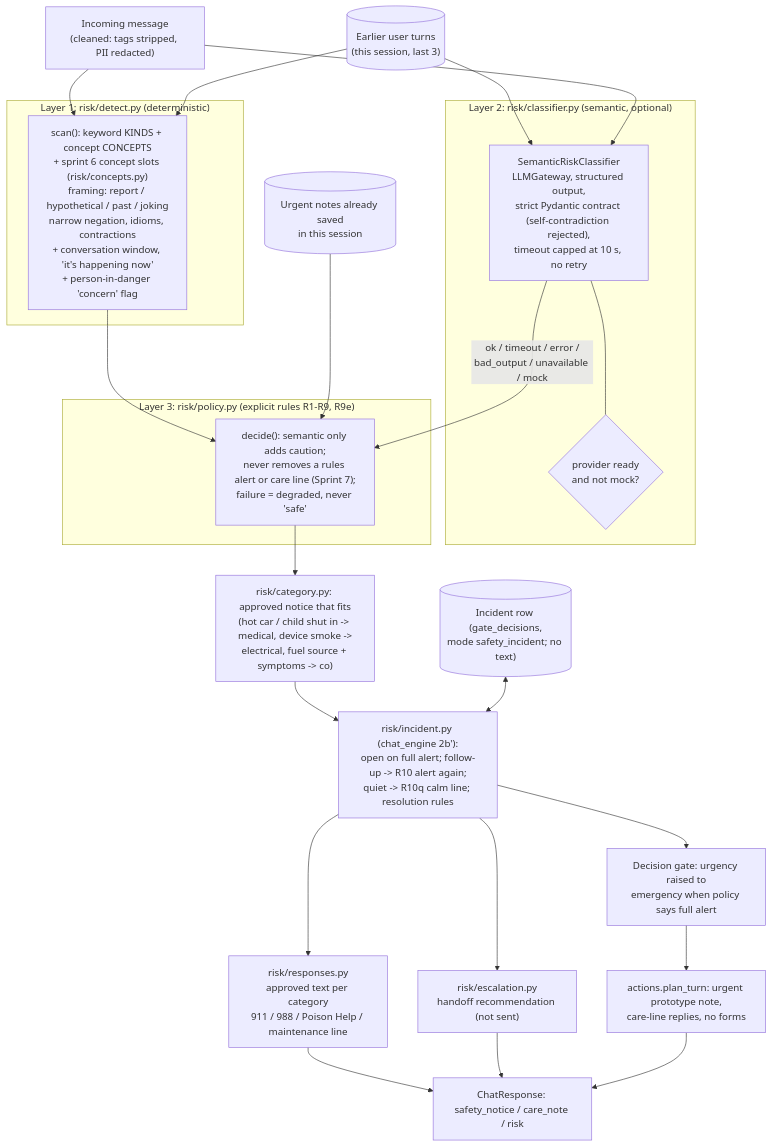
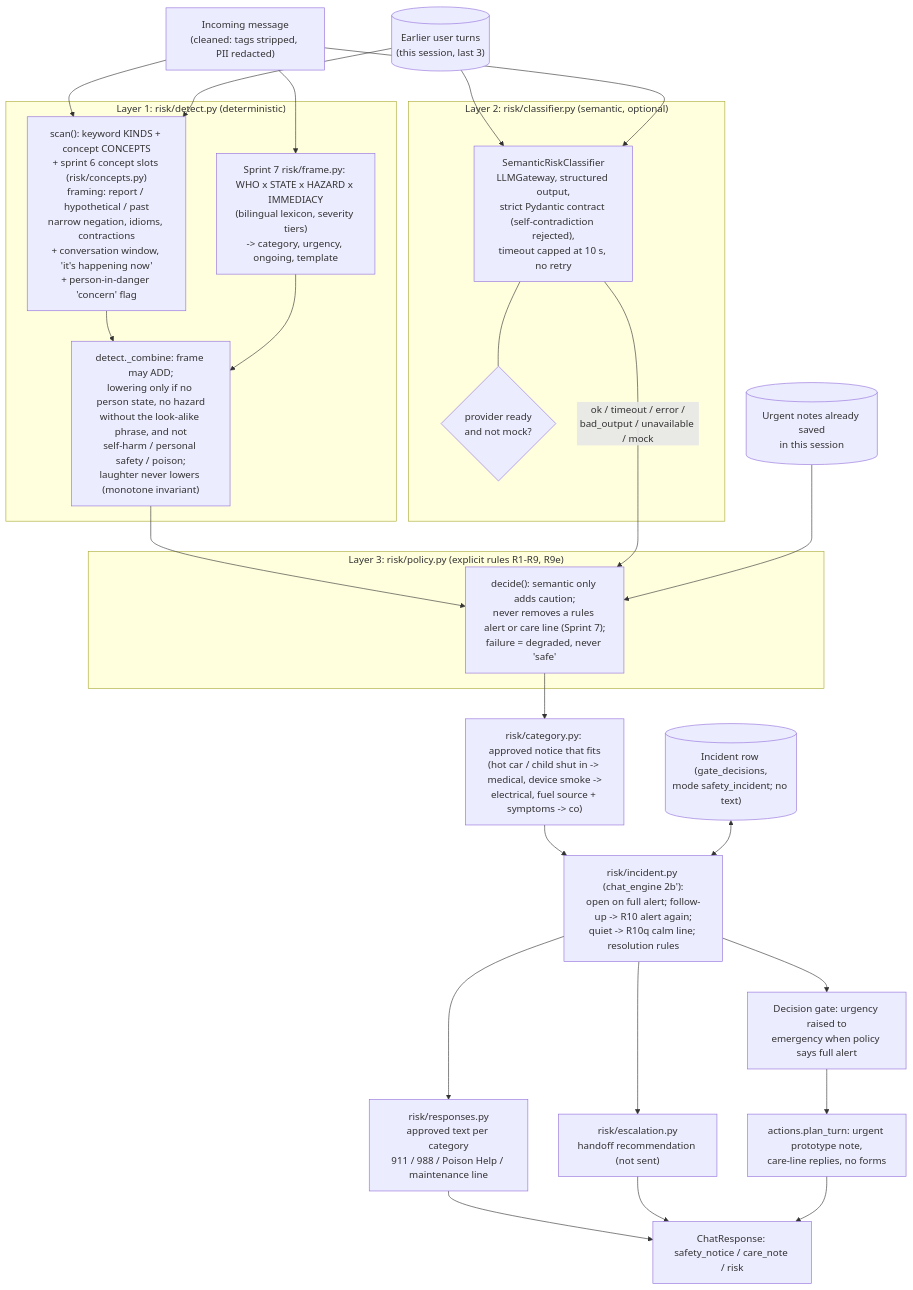
The first of 2 diagrams in docs/diagrams/safety-architecture.md (Ross-Business-Tech/McKinley-Project-1), drawn with Mermaid before and after one commit. The commit also changed other lines of this file and 10 other files, not shown here.

First line of the commit message:
docs: Sprint 7 generalization report, architecture and safety updates, live smoke record

````diff
--- a/docs/diagrams/safety-architecture.md
+++ b/docs/diagrams/safety-architecture.md
@@ -10,32 +10,37 @@
 ```mermaid
 flowchart TB
   MSG["Incoming message<br/>(cleaned: tags stripped, PII redacted)"] --> DET
   HIST[("Earlier user turns<br/>(this session, last 3)")] --> DET
   HIST --> SEM
   subgraph L1["Layer 1: risk/detect.py (deterministic)"]
-    DET["scan(): keyword KINDS + concept CONCEPTS<br/>+ sprint 6 concept slots (risk/concepts.py)<br/>framing: report / hypothetical / past / joking<br/>narrow negation, idioms, contractions<br/>+ conversation window, 'it's happening now'<br/>+ person-in-danger 'concern' flag"]
+    DET["scan(): keyword KINDS + concept CONCEPTS<br/>+ sprint 6 concept slots (risk/concepts.py)<br/>framing: report / hypothetical / past<br/>narrow negation, idioms, contractions<br/>+ conversation window, 'it's happening now'<br/>+ person-in-danger 'concern' flag"]
+    FRM["Sprint 7 risk/frame.py: WHO x STATE x HAZARD x IMMEDIACY<br/>(bilingual lexicon, severity tiers)<br/>-> category, urgency, ongoing, template"]
+    CMB["detect._combine: frame may ADD;<br/>lowering only if no person state, no hazard<br/>without the look-alike phrase, and not<br/>self-harm / personal safety / poison;<br/>laughter never lowers (monotone invariant)"]
+    DET --> CMB
+    FRM --> CMB
   end
   MSG --> SEM
   subgraph L2["Layer 2: risk/classifier.py (semantic, optional)"]
     SEM["SemanticRiskClassifier<br/>LLMGateway, structured output,<br/>strict Pydantic contract (self-contradiction rejected),<br/>timeout capped at 10 s, no retry"]
     ST{"provider ready<br/>and not mock?"}
     SEM --- ST
   end
-  DET --> POL
+  MSG --> FRM
+  CMB --> POL
   SEM -->|"ok / timeout / error /<br/>bad_output / unavailable / mock"| POL
   PRIOR[("Urgent notes already saved<br/>in this session")] --> POL
   subgraph L3["Layer 3: risk/policy.py (explicit rules R1-R9, R9e)"]
     POL["decide(): semantic only adds caution;<br/>never removes a rules alert or care line (Sprint 7);<br/>failure = degraded, never 'safe'"]
   end
   POL --> CAT["risk/category.py: approved notice that fits<br/>(hot car / child shut in -> medical, device smoke -><br/>electrical, fuel source + symptoms -> co)"]
   CAT --> INC
   INCDB[("Incident row (gate_decisions,<br/>mode safety_incident; no text)")] <--> INC
   INC["risk/incident.py (chat_engine 2b'):<br/>open on full alert; follow-up -> R10 alert again;<br/>quiet -> R10q calm line; resolution rules"]
   INC --> RESP["risk/responses.py<br/>approved text per category<br/>911 / 988 / Poison Help / maintenance line"]
   INC --> ESC["risk/escalation.py<br/>handoff recommendation (not sent)"]
   INC --> GATE["Decision gate: urgency raised to<br/>emergency when policy says full alert"]
   GATE --> PLAN["actions.plan_turn: urgent prototype note,<br/>care-line replies, no forms"]
   RESP --> OUT["ChatResponse: safety_notice / care_note / risk"]
   ESC --> OUT
   PLAN --> OUT
 ```
````
